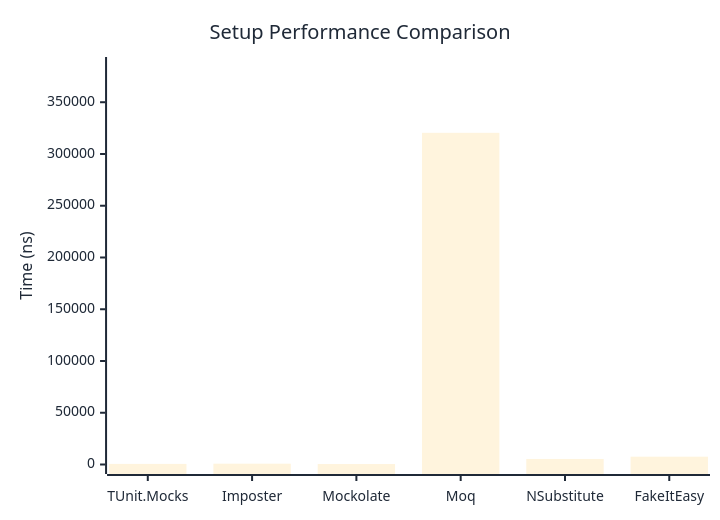
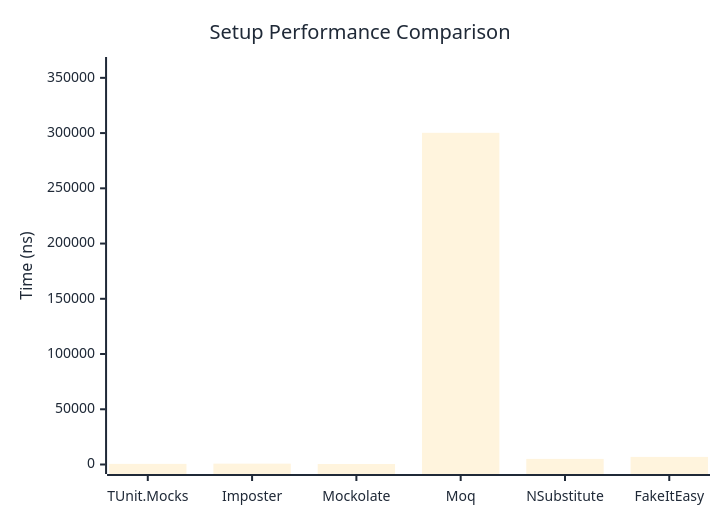
One commit to thomhurst/TUnit changed the first of 2 diagrams in docs/docs/benchmarks/mocks/Setup.md. Above: the diagram before and after it, drawn with Mermaid. The commit also changed other lines of this file and 14 other files, not shown here.

````diff
--- a/docs/docs/benchmarks/mocks/Setup.md
+++ b/docs/docs/benchmarks/mocks/Setup.md
@@ -28,27 +28,27 @@
 ```mermaid
 %%{init: {
   'theme':'base',
   'themeVariables': {
     'primaryColor': '#2563eb',
     'primaryTextColor': '#1f2937',
     'primaryBorderColor': '#1e40af',
     'lineColor': '#6b7280',
     'secondaryColor': '#7c3aed',
     'tertiaryColor': '#dc2626',
     'background': '#ffffff',
     'pie1': '#2563eb',
     'pie2': '#7c3aed',
     'pie3': '#dc2626',
     'pie4': '#f59e0b',
     'pie5': '#10b981',
     'pie6': '#06b6d4',
     'pie7': '#ec4899',
     'pie8': '#6366f1'
   }
 }}%%
 xychart-beta
   title "Setup Performance Comparison"
   x-axis ["TUnit.Mocks", "Imposter", "Mockolate", "Moq", "NSubstitute", "FakeItEasy"]
-  y-axis "Time (ns)" 0 --> 384516
-  bar [562.6, 794.3, 450, 320429.8, 5362.3, 7563.8]
+  y-axis "Time (ns)" 0 --> 360268
+  bar [565.9, 762.3, 459.5, 300222.8, 5070.1, 6881.7]
 ```
````
